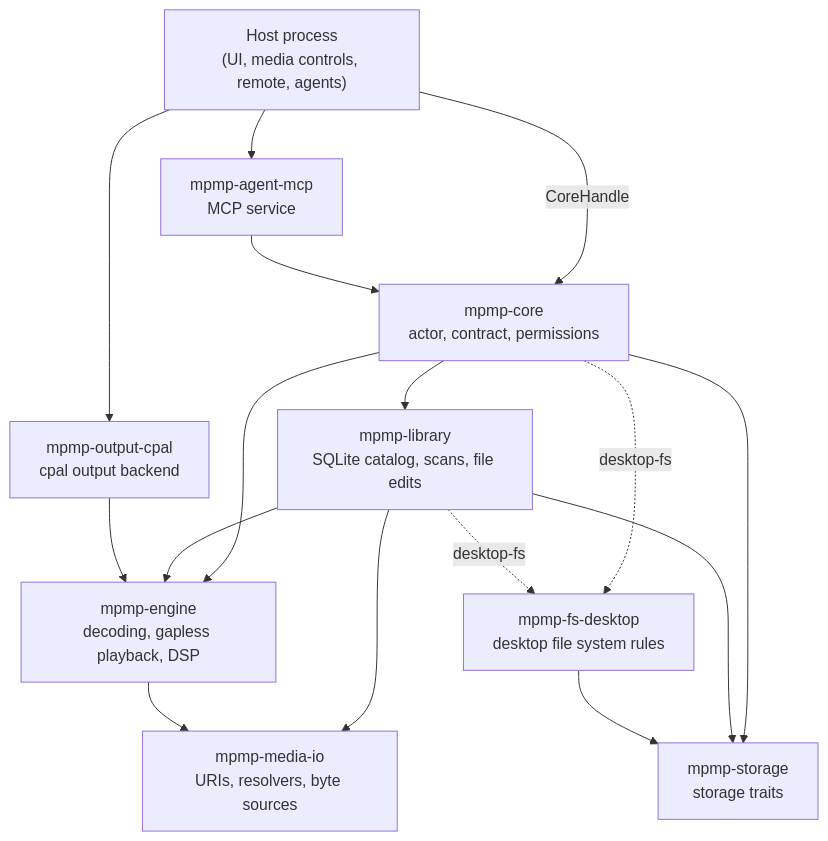
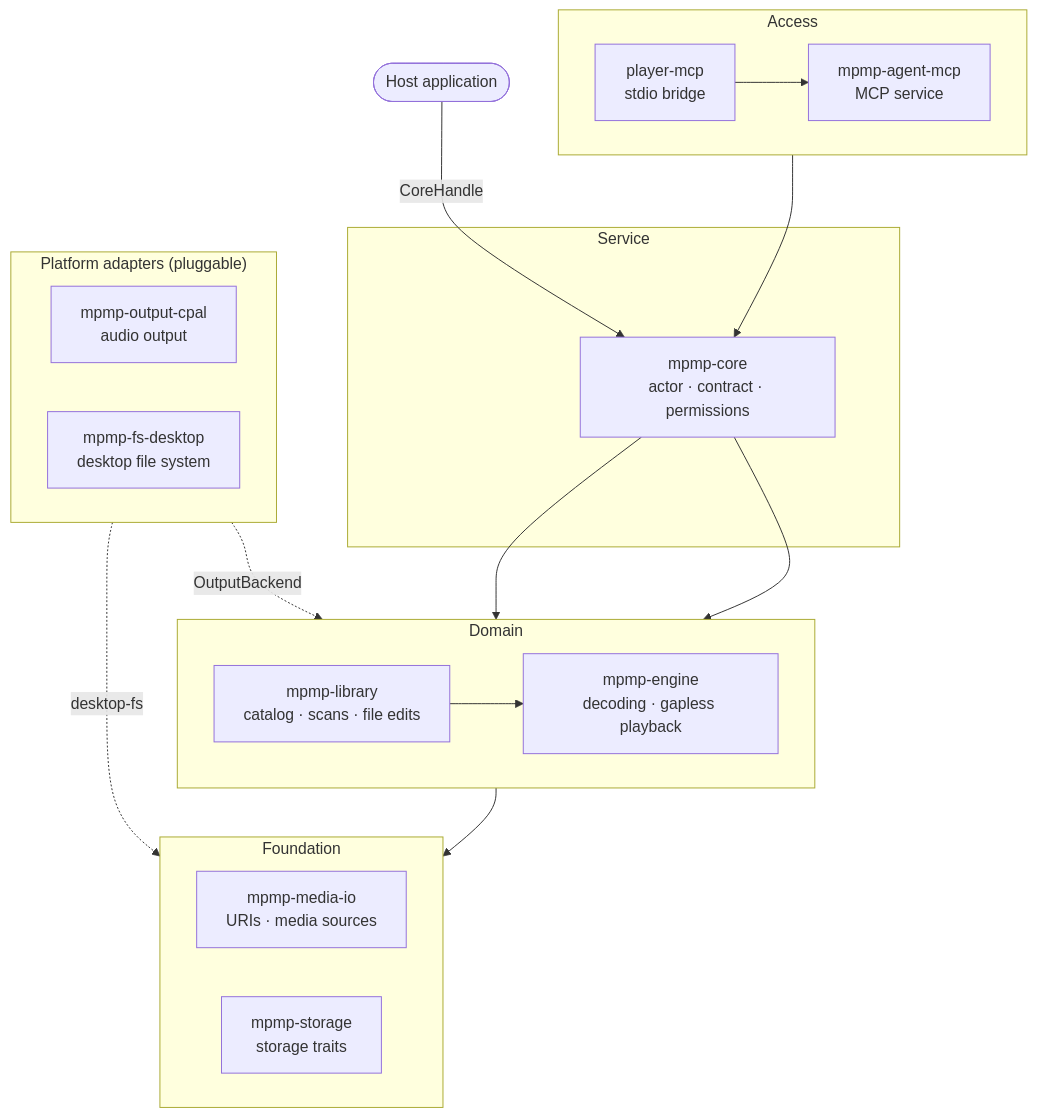
One commit to mpmp-music/core changed the diagram in README.md. Above: the diagram before and after it, drawn with Mermaid. The commit also changed other lines of this file and 1 other file, not shown here.

Commit message:
docs: layered architecture diagram with linked crates; spell out mpmp (my personal music player)

````diff
--- a/README.md
+++ b/README.md
@@ -27,28 +29,47 @@
 ```mermaid
-flowchart TD
-    host["Host process<br/>(UI, media controls, remote, agents)"]
-    mcp["mpmp-agent-mcp<br/>MCP service"]
-    core["mpmp-core<br/>actor, contract, permissions"]
-    library["mpmp-library<br/>SQLite catalog, scans, file edits"]
-    engine["mpmp-engine<br/>decoding, gapless playback, DSP"]
-    cpal["mpmp-output-cpal<br/>cpal output backend"]
-    mediaio["mpmp-media-io<br/>URIs, resolvers, byte sources"]
-    storage["mpmp-storage<br/>storage traits"]
-    fs["mpmp-fs-desktop<br/>desktop file system rules"]
+flowchart TB
+    host(["Host application"])
+
+    subgraph access["Access"]
+        direction LR
+        bridge["player-mcp<br/>stdio bridge"]
+        mcp["mpmp-agent-mcp<br/>MCP service"]
+    end
+    subgraph service["Service"]
+        core["mpmp-core<br/>actor · contract · permissions"]
+    end
+    subgraph domain["Domain"]
+        direction LR
+        library["mpmp-library<br/>catalog · scans · file edits"]
+        engine["mpmp-engine<br/>decoding · gapless playback"]
+    end
+    subgraph foundation["Foundation"]
+        direction LR
+        mediaio["mpmp-media-io<br/>URIs · media sources"]
+        storage["mpmp-storage<br/>storage traits"]
+    end
+    subgraph adapters["Platform adapters (pluggable)"]
+        direction LR
+        cpal["mpmp-output-cpal<br/>audio output"]
+        fs["mpmp-fs-desktop<br/>desktop file system"]
+    end
 
     host -->|CoreHandle| core
-    host --> cpal
-    host --> mcp
-    mcp --> core
+    bridge --> mcp --> core
     core --> library
     core --> engine
-    core --> storage
-    core -.->|desktop-fs| fs
     library --> engine
-    library --> mediaio
-    library --> storage
-    library -.->|desktop-fs| fs
-    engine --> mediaio
-    cpal --> engine
-    fs --> storage
+    domain --> foundation
+    cpal -.->|OutputBackend| engine
+    fs -.->|desktop-fs| storage
+
+    click bridge "https://github.com/mpmp-music/core/tree/main/apps/player-mcp"
+    click mcp "https://github.com/mpmp-music/core/tree/main/crates/agent-mcp"
+    click core "https://github.com/mpmp-music/core/tree/main/crates/core"
+    click library "https://github.com/mpmp-music/core/tree/main/crates/library"
+    click engine "https://github.com/mpmp-music/core/tree/main/crates/engine"
+    click mediaio "https://github.com/mpmp-music/core/tree/main/crates/media-io"
+    click storage "https://github.com/mpmp-music/core/tree/main/crates/storage"
+    click cpal "https://github.com/mpmp-music/core/tree/main/crates/output-cpal"
+    click fs "https://github.com/mpmp-music/core/tree/main/crates/fs-desktop"
 ```
````
